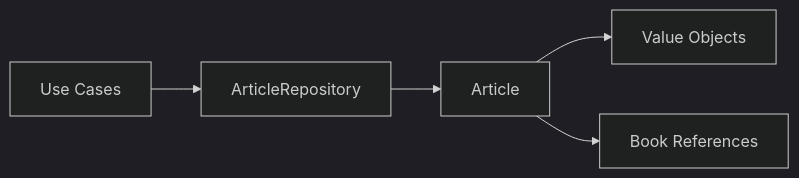
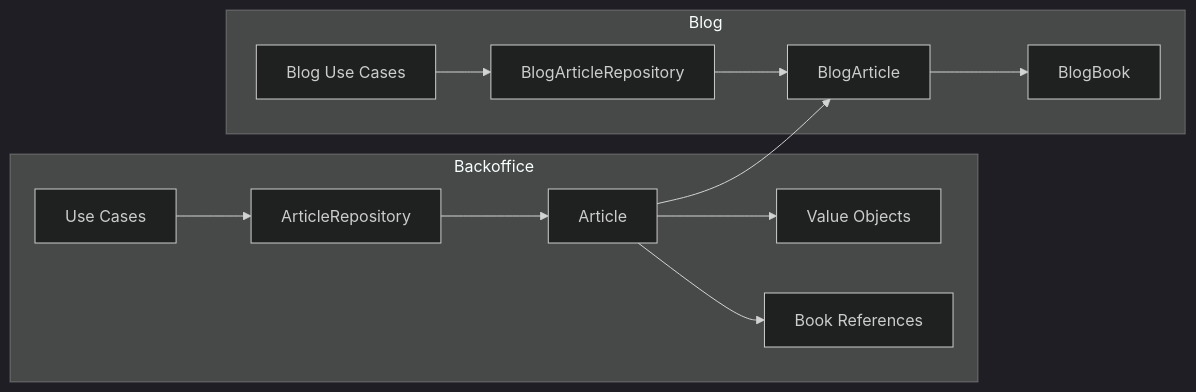
Before and after one commit to pertutatis/personal-web-backend: the third of 5 diagrams in docs/memory-bank/systemPatterns.md, drawn with Mermaid (dark theme). The commit also changed 2 other files, not shown here.

````diff
--- a/docs/memory-bank/systemPatterns.md
+++ b/docs/memory-bank/systemPatterns.md
@@ -113,7 +113,17 @@
 ```mermaid
 flowchart LR
-    A[Article] --> AVO[Value Objects]
-    A --> B[Book References]
-    AR[ArticleRepository] --> A
-    UC[Use Cases] --> AR
+    subgraph Backoffice
+        A[Article] --> AVO[Value Objects]
+        A --> B[Book References]
+        AR[ArticleRepository] --> A
+        UC[Use Cases] --> AR
+    end
+
+    subgraph Blog
+        BA[BlogArticle] --> BB[BlogBook]
+        BAR[BlogArticleRepository] --> BA
+        BUC[Blog Use Cases] --> BAR
+    end
+
+    A --> BA
 ```
````
